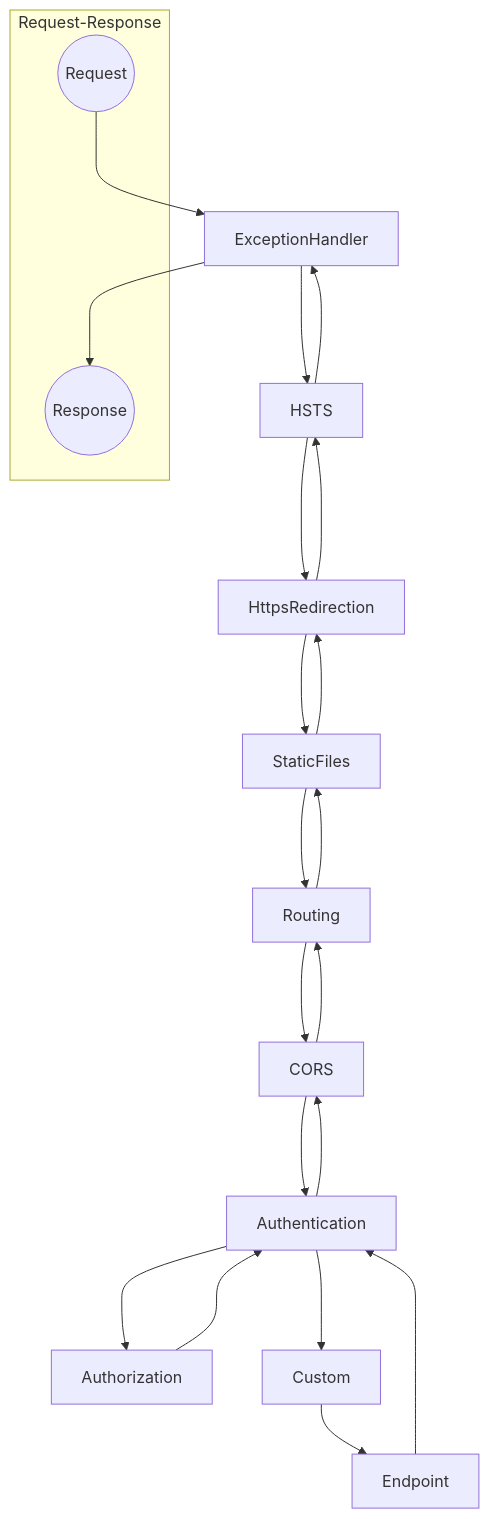
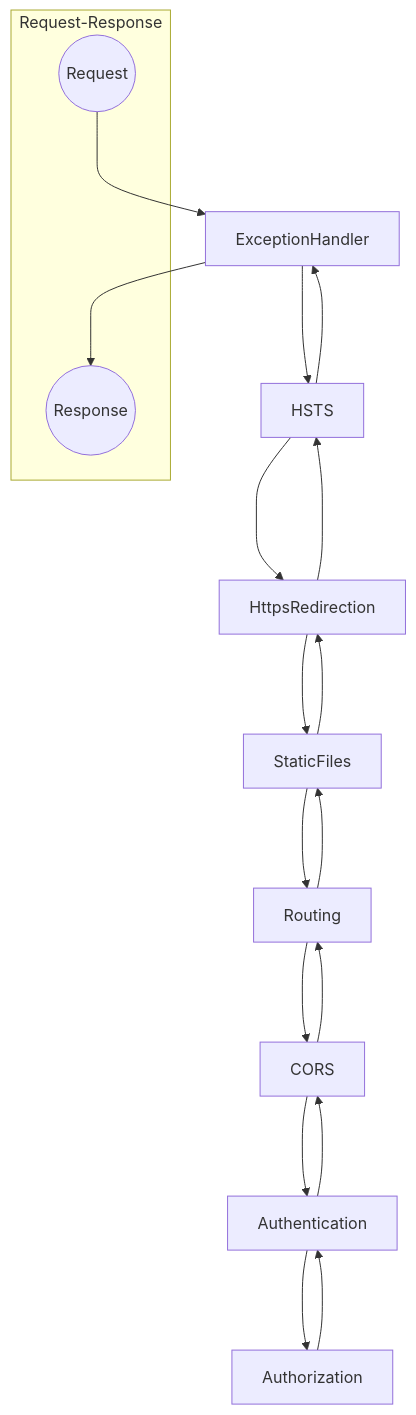
The diagram in MiddlewareMermaid/d.md (Rick-Anderson/MiddlewareMermaid), drawn with Mermaid before and after one commit.

````diff
--- a/MiddlewareMermaid/d.md
+++ b/MiddlewareMermaid/d.md
@@ -1,32 +1,30 @@
 ```mermaid
 graph TD;
     subgraph Request-Response
         Request((Request))
         Response((Response))
     end
     Request--->ExceptionHandler
     ExceptionHandler--->HSTS
     HSTS--->HttpsRedirection
     HttpsRedirection--->StaticFiles
     StaticFiles--->Routing
     Routing--->CORS
     CORS--->Authentication
     Authentication--->Authorization
     
     Authorization-->Authentication
-    Authentication--->Custom
-    Custom-->Endpoint
-    Endpoint-->Authentication
     Authentication--->CORS
     CORS--->Routing
     Routing--->StaticFiles
     StaticFiles--->HttpsRedirection
     HttpsRedirection--->HSTS
     HSTS--->ExceptionHandler
     ExceptionHandler--->Response
 
 
 
 
 
+
 ```
````
